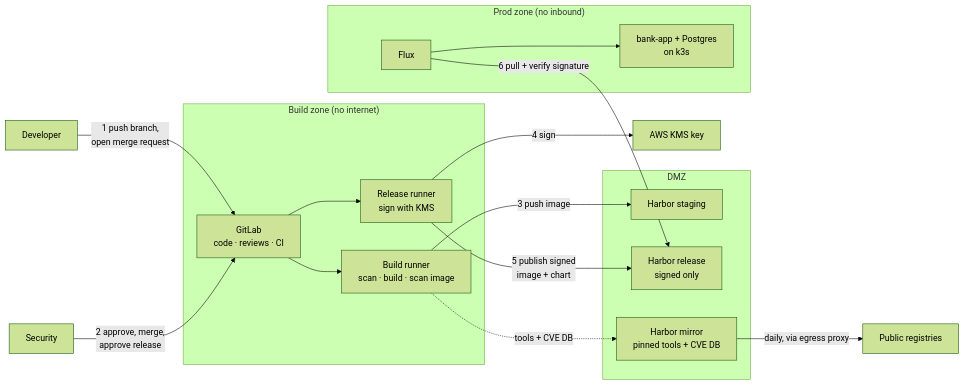
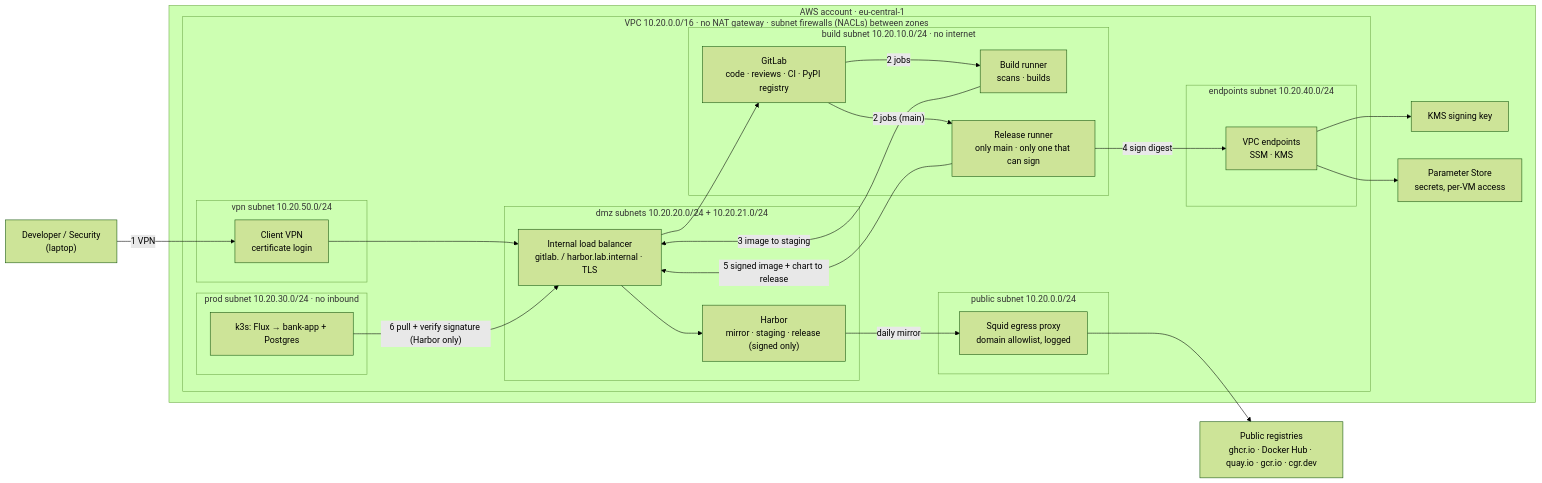
One commit to omerrevach/devsecops-bnk changed the first of 2 diagrams in README.md. Above: the diagram before and after it, drawn with Mermaid (forest theme). The commit also changed other lines of this file and 12 other files, not shown here.

Commit message:
Add pipeline screenshots; README architecture shows the VPC, subnets and AWS services

````diff
--- a/README.md
+++ b/README.md
@@ -27,26 +27,44 @@
 ```mermaid
 flowchart LR
-  DEV["Developer"] -->|"1 push branch,<br/>open merge request"| GL
-  subgraph BUILD["Build zone (no internet)"]
-    GL["GitLab<br/>code · reviews · CI"]
-    BR["Build runner<br/>scan · build · scan image"]
-    RR["Release runner<br/>sign with KMS"]
+  DEV["Developer / Security<br/>(laptop)"]
+  REG["Public registries<br/>ghcr.io · Docker Hub · quay.io · gcr.io · cgr.dev"]
+  subgraph AWS["AWS account · eu-central-1"]
+    subgraph VPC["VPC 10.20.0.0/16 · no NAT gateway · subnet firewalls (NACLs) between zones"]
+      subgraph VPNS["vpn subnet 10.20.50.0/24"]
+        CVPN["Client VPN<br/>certificate login"]
+      end
+      subgraph PUB["public subnet 10.20.0.0/24"]
+        PROXY["Squid egress proxy<br/>domain allowlist, logged"]
+      end
+      subgraph DMZ["dmz subnets 10.20.20.0/24 + 10.20.21.0/24"]
+        ALB["Internal load balancer<br/>gitlab. / harbor.lab.internal · TLS"]
+        HARBOR["Harbor<br/>mirror · staging · release (signed only)"]
+      end
+      subgraph BUILD["build subnet 10.20.10.0/24 · no internet"]
+        GL["GitLab<br/>code · reviews · CI · PyPI registry"]
+        BR["Build runner<br/>scans · builds"]
+        RR["Release runner<br/>only main · only one that can sign"]
+      end
+      subgraph PROD["prod subnet 10.20.30.0/24 · no inbound"]
+        K3S["k3s: Flux → bank-app + Postgres"]
+      end
+      subgraph EPS["endpoints subnet 10.20.40.0/24"]
+        VPCE["VPC endpoints<br/>SSM · KMS"]
+      end
+    end
+    KMS["KMS signing key"]
+    PS["Parameter Store<br/>secrets, per-VM access"]
   end
-  SEC["Security"] -->|"2 approve, merge,<br/>approve release"| GL
-  GL --> BR
-  GL --> RR
-  BR -->|"3 push image"| STG
-  RR -->|"4 sign"| KMS["AWS KMS key"]
-  RR -->|"5 publish signed<br/>image + chart"| REL
-  subgraph DMZ["DMZ"]
-    STG["Harbor staging"]
-    REL["Harbor release<br/>signed only"]
-    MIR["Harbor mirror<br/>pinned tools + CVE DB"]
-  end
-  MIR -->|"daily, via egress proxy"| NET["Public registries"]
-  BR -.->|"tools + CVE DB"| MIR
-  subgraph PROD["Prod zone (no inbound)"]
-    FLUX["Flux"] --> APP["bank-app + Postgres<br/>on k3s"]
-  end
-  FLUX -->|"6 pull + verify signature"| REL
+
+  DEV -->|"1 VPN"| CVPN --> ALB
+  ALB --> GL
+  ALB --> HARBOR
+  GL -->|"2 jobs"| BR
+  GL -->|"2 jobs (main)"| RR
+  BR -->|"3 image to staging"| ALB
+  RR -->|"4 sign digest"| VPCE --> KMS
+  RR -->|"5 signed image + chart to release"| ALB
+  K3S -->|"6 pull + verify signature (Harbor only)"| ALB
+  HARBOR -->|"daily mirror"| PROXY --> REG
+  VPCE --> PS
 ```
````
